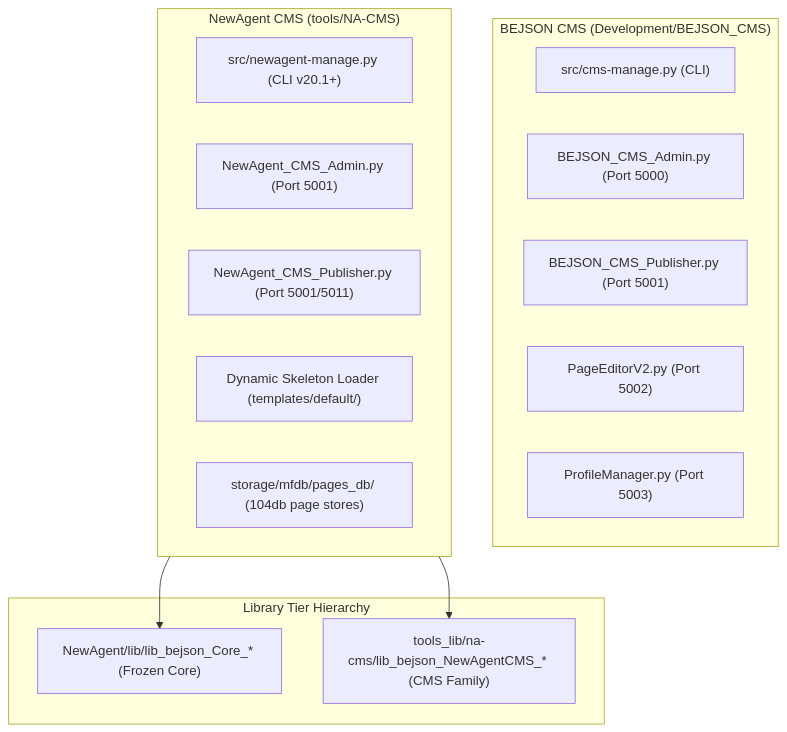
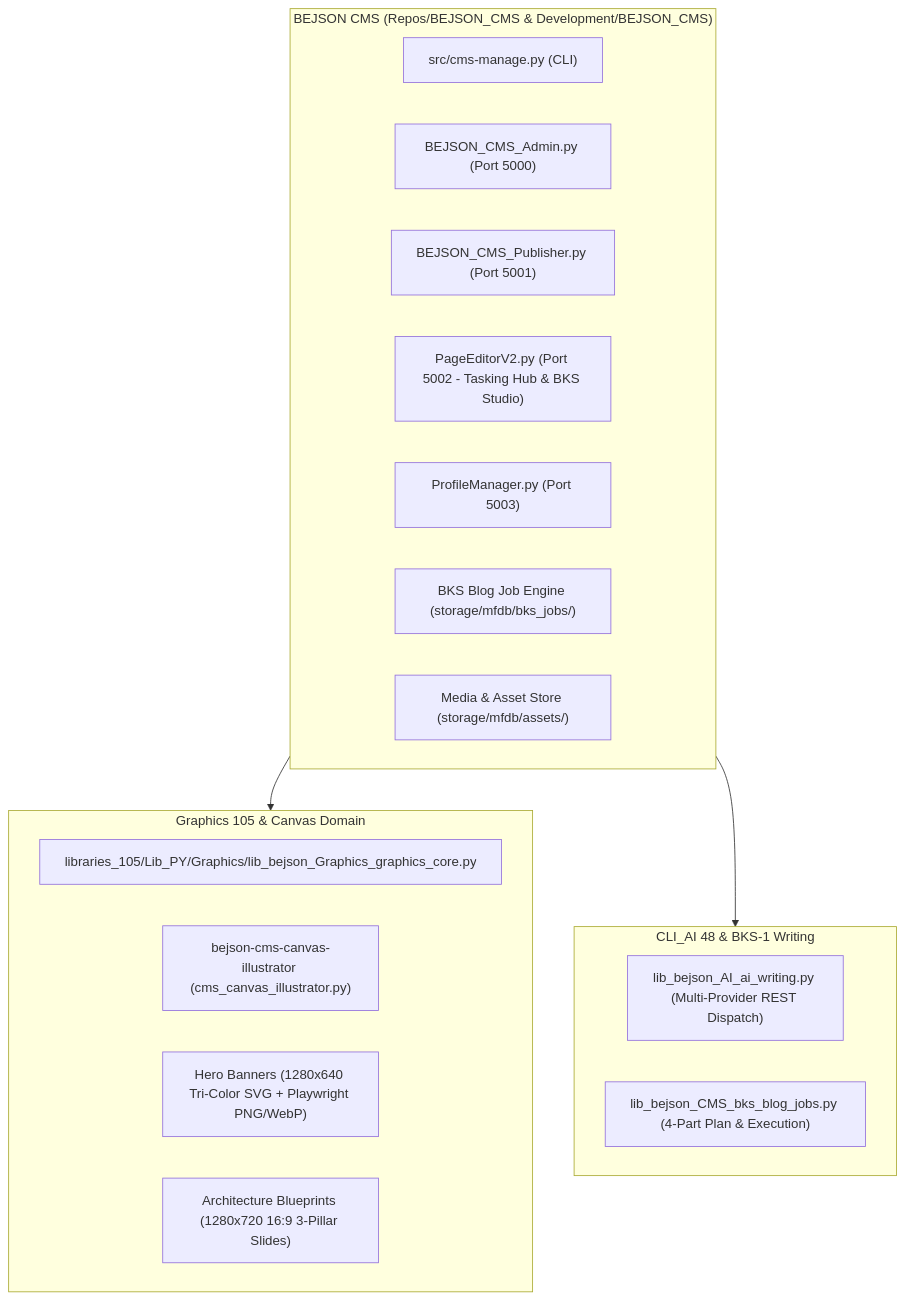
One commit to boehnenelton/AGYSKILLS changed the diagram in project-bejson-cms-grounding/SKILL.md. Above: the diagram before and after it, drawn with Mermaid. The commit also changed other lines of this file and 33 other files, not shown here.

Commit message:
chore(skills): update BEJSON CMS domain skills v1.3.0, Graphics 105 canvas illustrator v110, and refresh 138-skill cartographer catalog

````diff
--- a/project-bejson-cms-grounding/SKILL.md
+++ b/project-bejson-cms-grounding/SKILL.md
@@ -34,26 +48,27 @@
 ```mermaid
 flowchart TD
-    subgraph Standalone ["BEJSON CMS (Development/BEJSON_CMS)"]
+    subgraph Standalone ["BEJSON CMS (Repos/BEJSON_CMS & Development/BEJSON_CMS)"]
         A1["src/cms-manage.py (CLI)"]
         A2["BEJSON_CMS_Admin.py (Port 5000)"]
         A3["BEJSON_CMS_Publisher.py (Port 5001)"]
-        A4["PageEditorV2.py (Port 5002)"]
+        A4["PageEditorV2.py (Port 5002 - Tasking Hub & BKS Studio)"]
         A5["ProfileManager.py (Port 5003)"]
+        A6["BKS Blog Job Engine (storage/mfdb/bks_jobs/)"]
+        A7["Media & Asset Store (storage/mfdb/assets/)"]
     end
 
-    subgraph NewAgent ["NewAgent CMS (tools/NA-CMS)"]
-        B1["src/newagent-manage.py (CLI v20.1+)"]
-        B2["NewAgent_CMS_Admin.py (Port 5001)"]
-        B3["NewAgent_CMS_Publisher.py (Port 5001/5011)"]
-        B4["Dynamic Skeleton Loader (templates/default/)"]
-        B5["storage/mfdb/pages_db/ (104db page stores)"]
+    subgraph GraphicsEngine ["Graphics 105 & Canvas Domain"]
+        G1["libraries_105/Lib_PY/Graphics/lib_bejson_Graphics_graphics_core.py"]
+        G2["bejson-cms-canvas-illustrator (cms_canvas_illustrator.py)"]
+        G3["Hero Banners (1280x640 Tri-Color SVG + Playwright PNG/WebP)"]
+        G4["Architecture Blueprints (1280x720 16:9 3-Pillar Slides)"]
     end
 
-    subgraph Libs ["Library Tier Hierarchy"]
-        L1["NewAgent/lib/lib_bejson_Core_* (Frozen Core)"]
-        L2["tools_lib/na-cms/lib_bejson_NewAgentCMS_* (CMS Family)"]
+    subgraph WritingEngine ["CLI_AI 48 & BKS-1 Writing"]
+        W1["lib_bejson_AI_ai_writing.py (Multi-Provider REST Dispatch)"]
+        W2["lib_bejson_CMS_bks_blog_jobs.py (4-Part Plan & Execution)"]
     end
 
-    NewAgent --> L1
-    NewAgent --> L2
+    Standalone --> GraphicsEngine
+    Standalone --> WritingEngine
 ```
````
